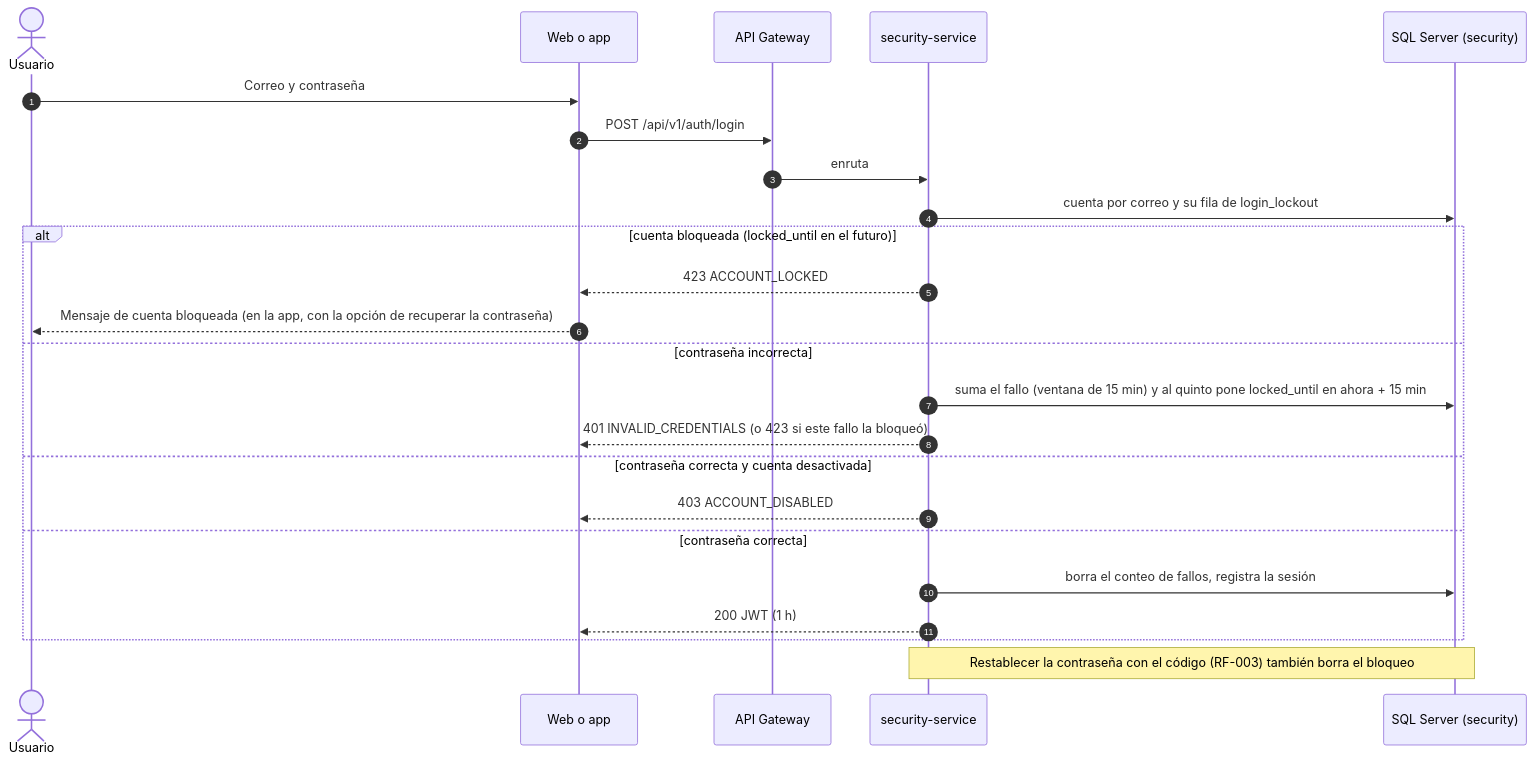
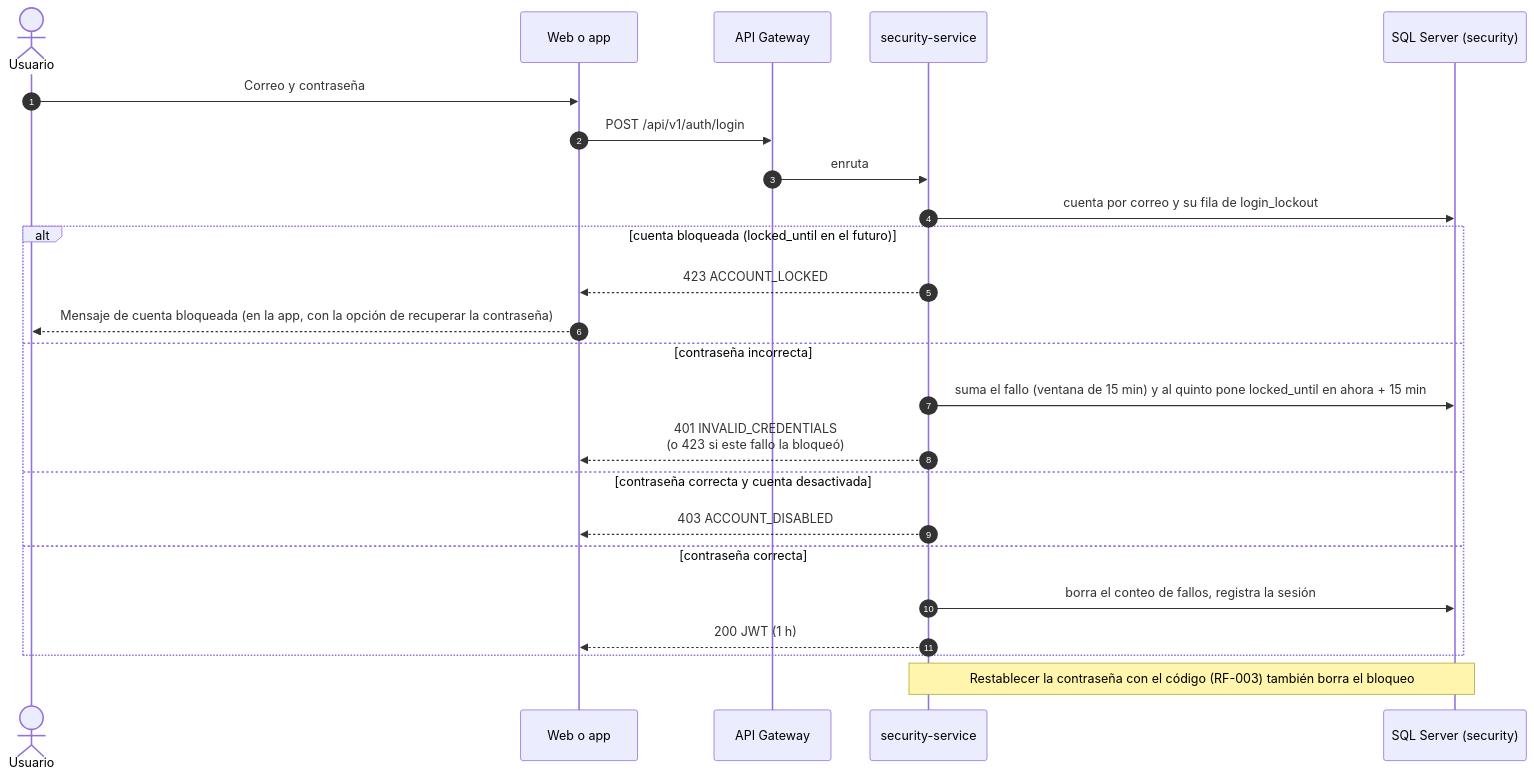
Diagram 12 of 26 in 02_DOCUMENTACION_DE_ANALISIS_DEL_SOFTWARE/ES/MD/documentacion-de-analisis-del-software.md (BrayanCABRERA123/lavarapido-docs), drawn with Mermaid before and after one commit. The commit also changed other lines of this file and 5 other files, not shown here.

Commit message:
docs(analysis): clean the activity, sequence and state diagrams after a second visual review

````diff
--- a/02_DOCUMENTACION_DE_ANALISIS_DEL_SOFTWARE/ES/MD/documentacion-de-analisis-del-software.md
+++ b/02_DOCUMENTACION_DE_ANALISIS_DEL_SOFTWARE/ES/MD/documentacion-de-analisis-del-software.md
@@ -512,27 +512,27 @@
 ```mermaid
 sequenceDiagram
     autonumber
     actor U as Usuario
     participant W as Web o app
     participant GW as API Gateway
     participant S as security-service
     participant DB as SQL Server (security)
 
     U->>W: Correo y contraseña
     W->>GW: POST /api/v1/auth/login
     GW->>S: enruta
     S->>DB: cuenta por correo y su fila de login_lockout
     alt cuenta bloqueada (locked_until en el futuro)
         S-->>W: 423 ACCOUNT_LOCKED
         W-->>U: Mensaje de cuenta bloqueada (en la app, con la opción de recuperar la contraseña)
     else contraseña incorrecta
         S->>DB: suma el fallo (ventana de 15 min) y al quinto pone locked_until en ahora + 15 min
-        S-->>W: 401 INVALID_CREDENTIALS (o 423 si este fallo la bloqueó)
+        S-->>W: 401 INVALID_CREDENTIALS<br/>(o 423 si este fallo la bloqueó)
     else contraseña correcta y cuenta desactivada
         S-->>W: 403 ACCOUNT_DISABLED
     else contraseña correcta
         S->>DB: borra el conteo de fallos, registra la sesión
         S-->>W: 200 JWT (1 h)
     end
     Note over S,DB: Restablecer la contraseña con el código (RF-003) también borra el bloqueo
 ```
````
